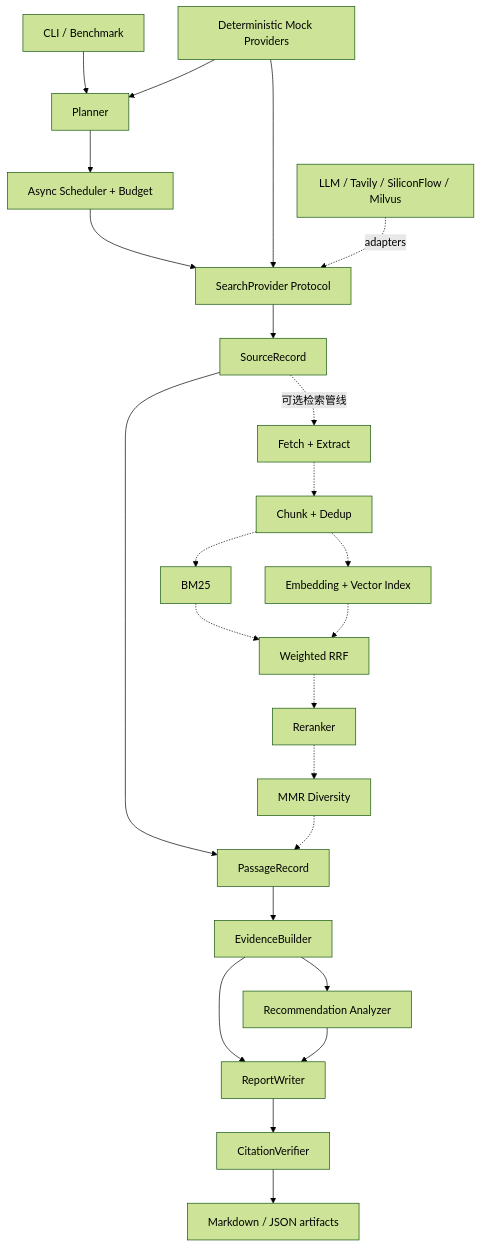
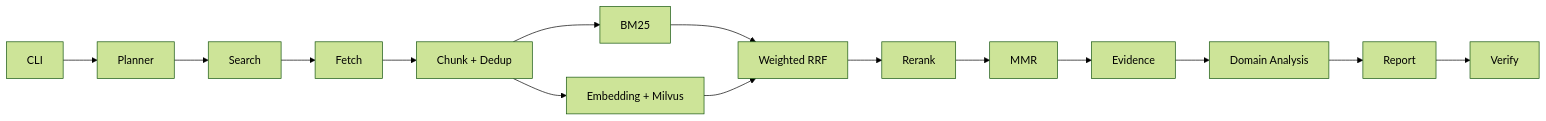
One commit to yzy1147770433/rec-researcher changed the diagram in README.zh-CN.md. Above: the diagram before and after it, drawn with Mermaid (forest theme). The commit also changed other lines of this file and 7 other files, not shown here.

````diff
--- a/README.zh-CN.md
+++ b/README.zh-CN.md
@@ -37,29 +32,17 @@
 ```mermaid
-flowchart TD
-    CLI[CLI / Benchmark] --> Planner[Planner]
-    Planner --> Scheduler[Async Scheduler + Budget]
-    Scheduler --> Search[SearchProvider Protocol]
-    Search --> Sources[SourceRecord]
-
-    Sources -. 可选检索管线 .-> Fetch[Fetch + Extract]
-    Fetch -.-> Chunk[Chunk + Dedup]
-    Chunk -.-> BM25[BM25]
-    Chunk -.-> Dense[Embedding + Vector Index]
-    BM25 -.-> RRF[Weighted RRF]
-    Dense -.-> RRF
-    RRF -.-> Reranker[Reranker]
-    Reranker -.-> MMR[MMR Diversity]
-
-    Sources --> Passages[PassageRecord]
-    MMR -.-> Passages
-    Passages --> Evidence[EvidenceBuilder]
-    Evidence --> Domain[Recommendation Analyzer]
-    Evidence --> Report[ReportWriter]
-    Domain --> Report
-    Report --> Verify[CitationVerifier]
-    Verify --> Artifacts[Markdown / JSON artifacts]
-
-    Mock[Deterministic Mock Providers] --> Planner
-    Mock --> Search
-    Real[LLM / Tavily / SiliconFlow / Milvus] -. adapters .-> Search
+flowchart LR
+    CLI[CLI] --> Planner[Planner]
+    Planner --> Search[Search]
+    Search --> Fetch[Fetch]
+    Fetch --> Chunk[Chunk + Dedup]
+    Chunk --> BM25[BM25]
+    Chunk --> Dense[Embedding + Milvus]
+    BM25 --> RRF[Weighted RRF]
+    Dense --> RRF
+    RRF --> Rerank[Rerank]
+    Rerank --> MMR[MMR]
+    MMR --> Evidence[Evidence]
+    Evidence --> Domain[Domain Analysis]
+    Domain --> Report[Report]
+    Report --> Verify[Verify]
 ```
````
